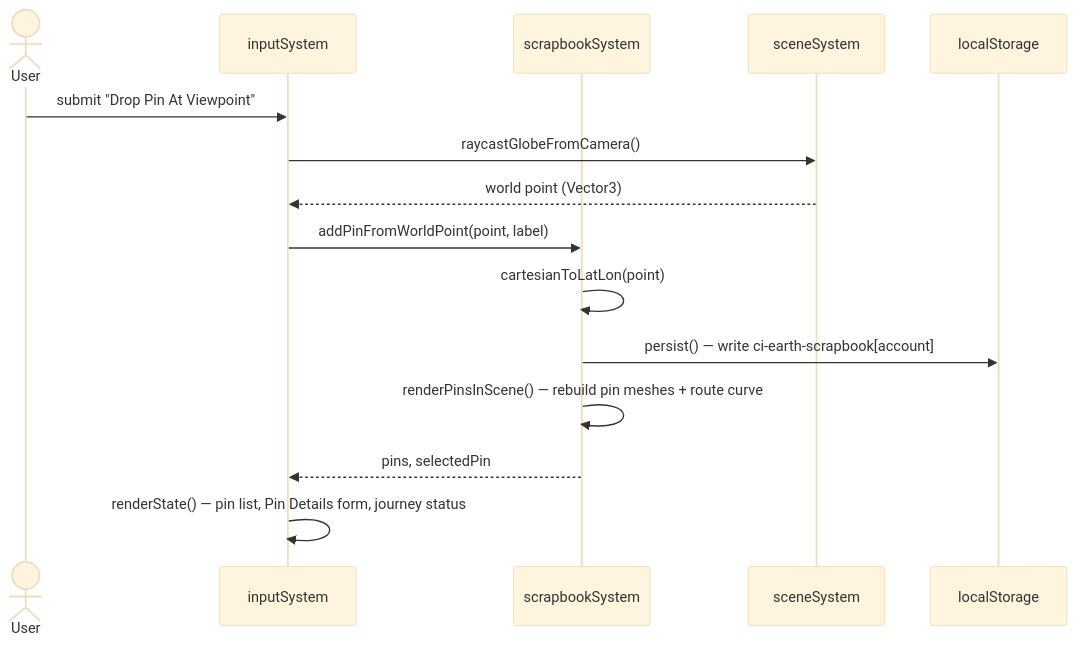
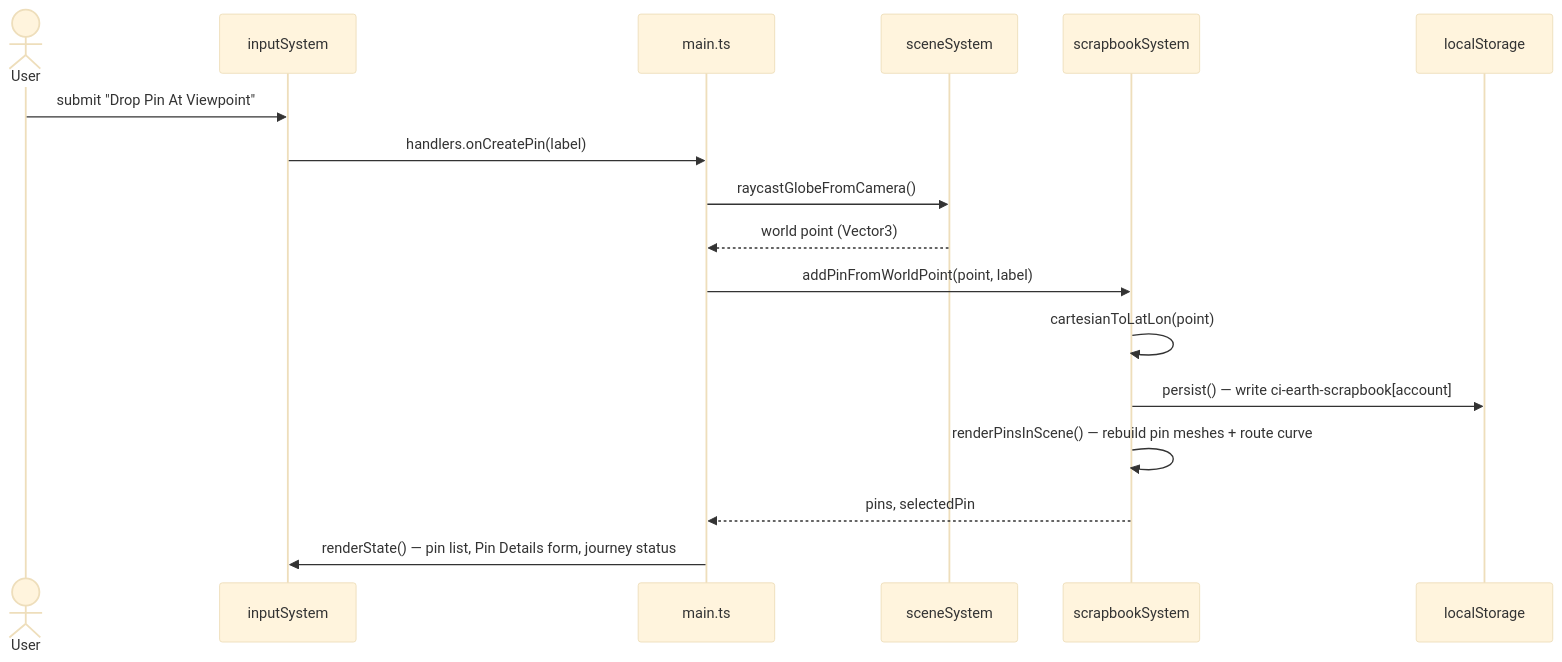
One commit to companionintelligence/CI-Spatial-Atlas changed the fifth of 14 diagrams in docs/architecture.md. Above: the diagram before and after it, drawn with Mermaid (base theme). The commit also changed other lines of this file and 30 other files, not shown here.

````diff
--- a/docs/architecture.md
+++ b/docs/architecture.md
@@ -140,18 +186,20 @@
 ```mermaid
 sequenceDiagram
     actor User
     participant UI as inputSystem
+    participant Main as main.ts
+    participant Scene as sceneSystem
     participant Scrapbook as scrapbookSystem
-    participant Scene as sceneSystem
     participant Storage as localStorage
 
     User->>UI: submit "Drop Pin At Viewpoint"
-    UI->>Scene: raycastGlobeFromCamera()
-    Scene-->>UI: world point (Vector3)
-    UI->>Scrapbook: addPinFromWorldPoint(point, label)
+    UI->>Main: handlers.onCreatePin(label)
+    Main->>Scene: raycastGlobeFromCamera()
+    Scene-->>Main: world point (Vector3)
+    Main->>Scrapbook: addPinFromWorldPoint(point, label)
     Scrapbook->>Scrapbook: cartesianToLatLon(point)
     Scrapbook->>Storage: persist() — write ci-earth-scrapbook[account]
     Scrapbook->>Scrapbook: renderPinsInScene() — rebuild pin meshes + route curve
-    Scrapbook-->>UI: pins, selectedPin
-    UI->>UI: renderState() — pin list, Pin Details form, journey status
+    Scrapbook-->>Main: pins, selectedPin
+    Main->>UI: renderState() — pin list, Pin Details form, journey status
 ```
````
